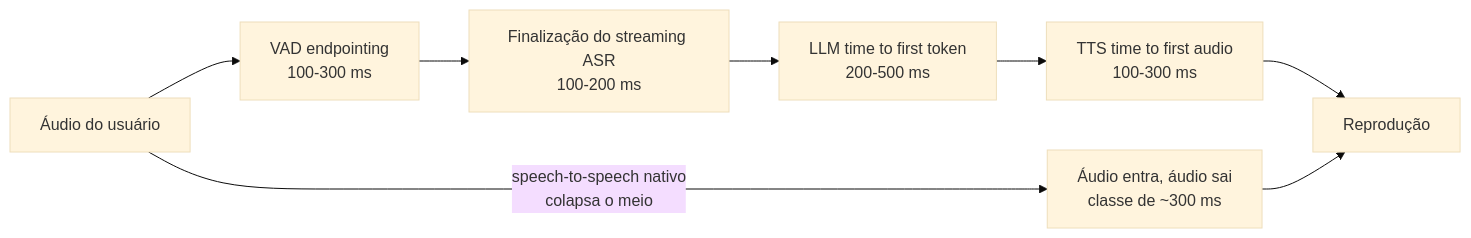
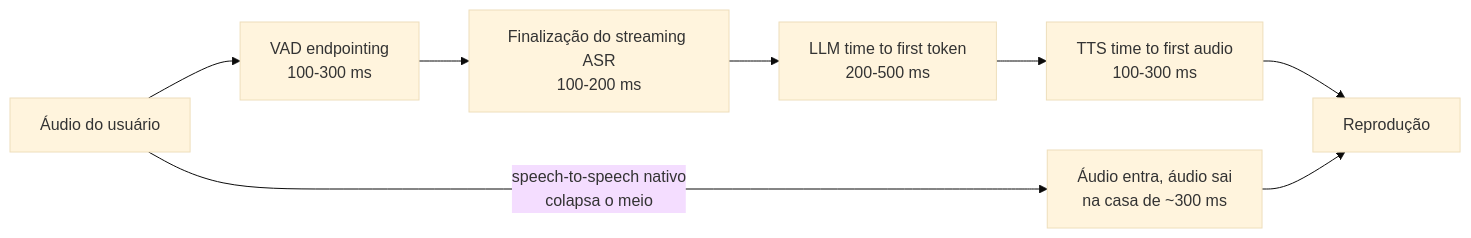
Before and after one commit to andrevberaldo/AI-Engineer-Interview-Questions: the ninth of 21 diagrams in 10-multimodal/questions.pt-BR.md, drawn with Mermaid (base theme). The commit also changed other lines of this file and 1 other file, not shown here.

````diff
--- a/10-multimodal/questions.pt-BR.md
+++ b/10-multimodal/questions.pt-BR.md
@@ -391,10 +391,10 @@
 ```mermaid
 flowchart LR
     A["Áudio do usuário"] --> B["VAD endpointing<br/>100-300 ms"]
     B --> C["Finalização do streaming ASR<br/>100-200 ms"]
     C --> D["LLM time to first token<br/>200-500 ms"]
     D --> E["TTS time to first audio<br/>100-300 ms"]
     E --> F["Reprodução"]
-    A -->|"speech-to-speech nativo<br/>colapsa o meio"| G["Áudio entra, áudio sai<br/>classe de ~300 ms"]
+    A -->|"speech-to-speech nativo<br/>colapsa o meio"| G["Áudio entra, áudio sai<br/>na casa de ~300 ms"]
     G --> F
 ```
````
